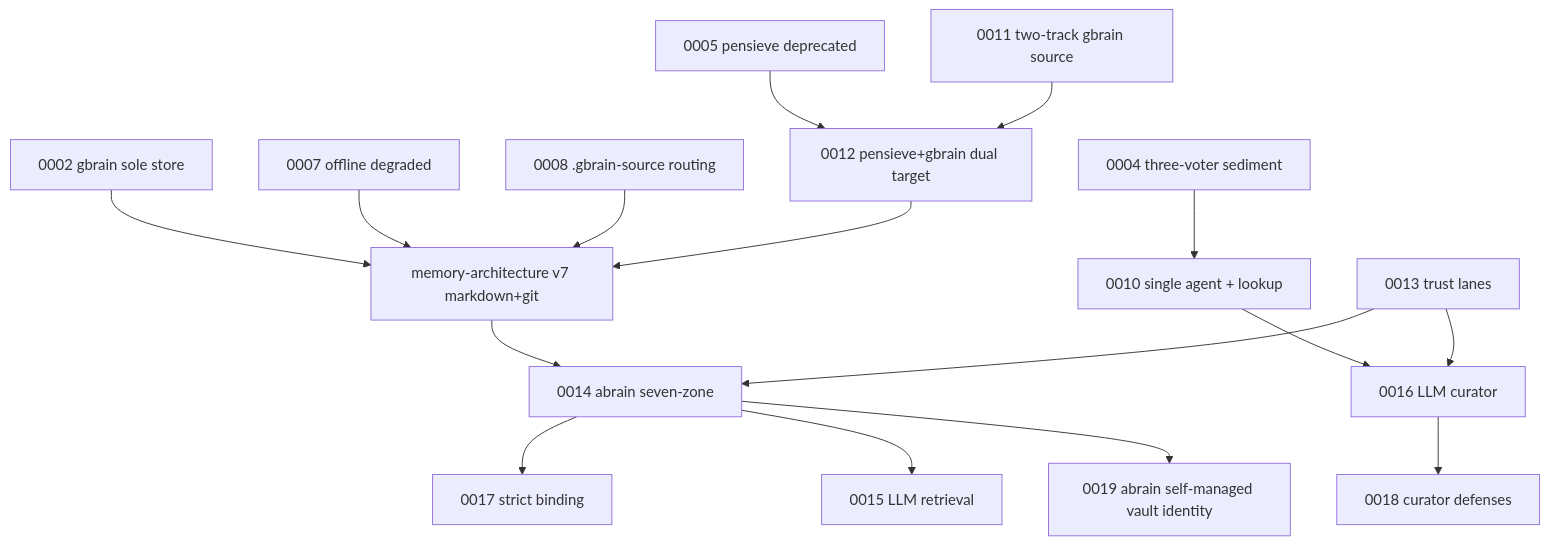
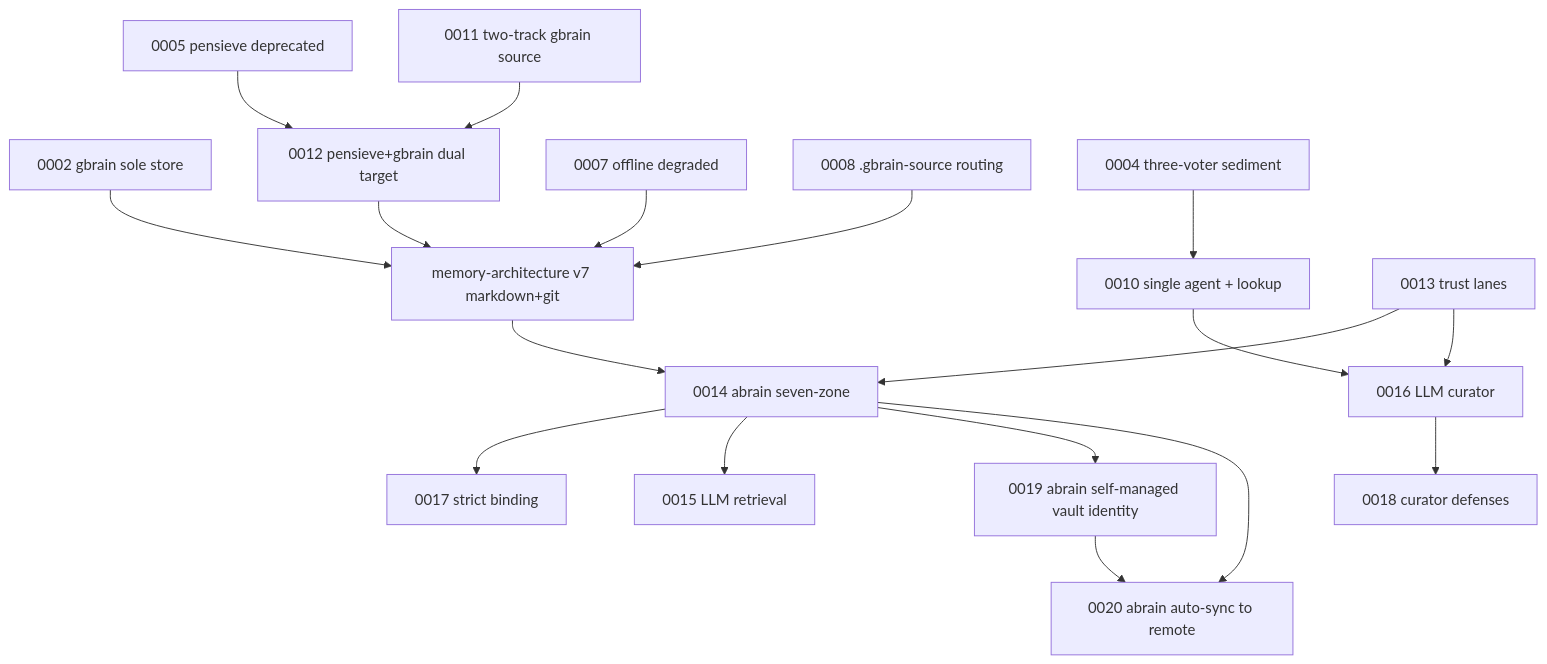
Before and after one commit to alfadb/pi-stack: the diagram in docs/adr/INDEX.md, drawn with Mermaid. The commit also changed other lines of this file and 13 other files, not shown here.

First line of the commit message:
ADR 0020: abrain auto-sync to remote (sediment-driven push + startup ff-fetch)

````diff
--- a/docs/adr/INDEX.md
+++ b/docs/adr/INDEX.md
@@ -45,18 +46,20 @@
 ```mermaid
 graph TD
   A0002[0002 gbrain sole store] --> MARCH[memory-architecture v7 markdown+git]
   A0005[0005 pensieve deprecated] --> A0012[0012 pensieve+gbrain dual target]
   A0007[0007 offline degraded] --> MARCH
   A0008[0008 .gbrain-source routing] --> MARCH
   A0011[0011 two-track gbrain source] --> A0012
   A0012 --> MARCH
   A0004[0004 three-voter sediment] --> A0010[0010 single agent + lookup]
   A0010 --> A0016[0016 LLM curator]
   MARCH --> A0014[0014 abrain seven-zone]
   A0013[0013 trust lanes] --> A0014
   A0013 --> A0016
   A0014 --> A0017[0017 strict binding]
   A0014 --> A0015[0015 LLM retrieval]
   A0014 --> A0019[0019 abrain self-managed vault identity]
+  A0014 --> A0020[0020 abrain auto-sync to remote]
+  A0019 --> A0020
   A0016 --> A0018[0018 curator defenses]
 ```
````
